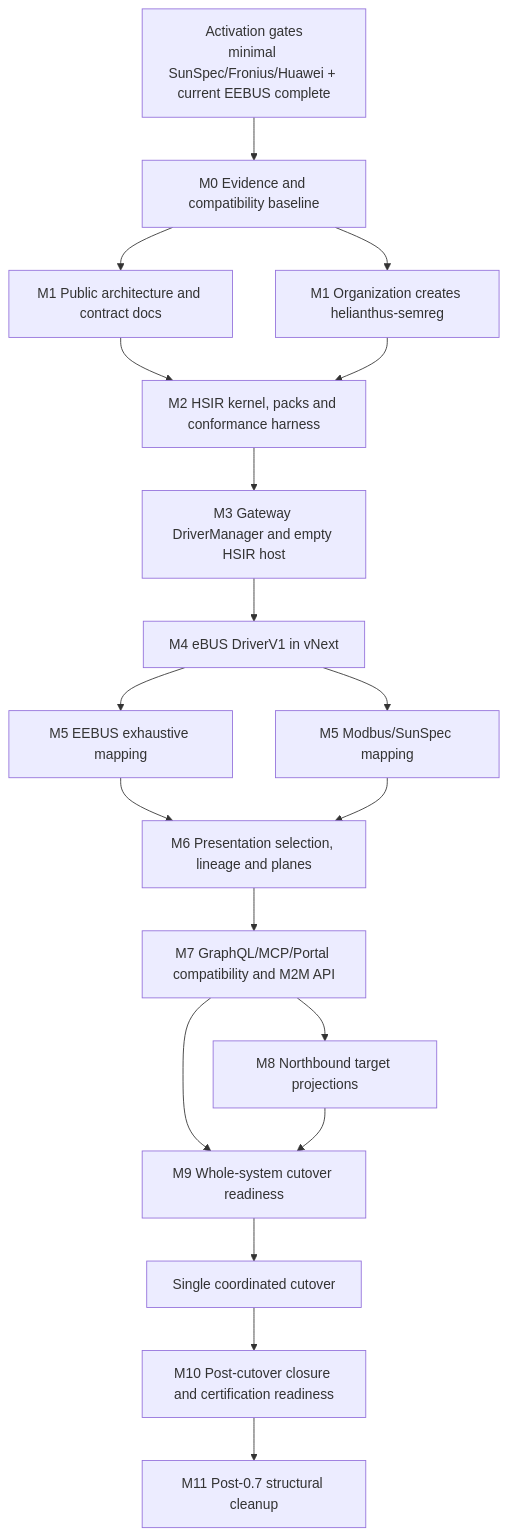
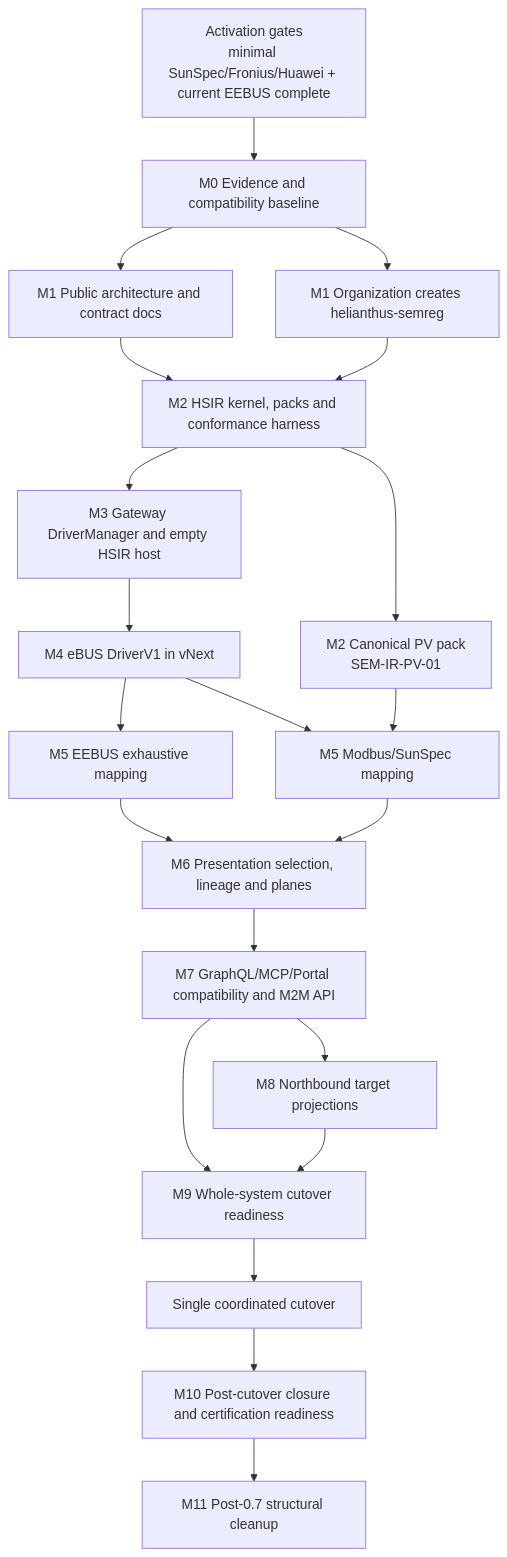
Before and after one commit to Project-Helianthus/helianthus-execution-plans: diagram 11 of 11 in semantic-bridge-ir-w34-26/00-canonical.md, drawn with Mermaid. The commit also changed other lines of this file, not shown here.

Commit message:
Block legacy canonical PV ownership before M5

```diff
--- a/semantic-bridge-ir-w34-26/00-canonical.md
+++ b/semantic-bridge-ir-w34-26/00-canonical.md
@@ -1245,38 +1252,41 @@
 ~~~mermaid
 flowchart TB
     PRE["Activation gates<br/>minimal SunSpec/Fronius/Huawei + current EEBUS complete"]
     P0["M0 Evidence and compatibility baseline"]
     D1["M1 Public architecture and contract docs"]
     O1["M1 Organization creates helianthus-semreg"]
     S1["M2 HSIR kernel, packs and conformance harness"]
+    PV1["M2 Canonical PV pack<br/>SEM-IR-PV-01"]
     G1["M3 Gateway DriverManager and empty HSIR host"]
     E1["M4 eBUS DriverV1 in vNext"]
     EE1["M5 EEBUS exhaustive mapping"]
     M1["M5 Modbus/SunSpec mapping"]
     R1["M6 Presentation selection, lineage and planes"]
     A1["M7 GraphQL/MCP/Portal compatibility and M2M API"]
     N1["M8 Northbound target projections"]
     H1["M9 Whole-system cutover readiness"]
     CUT["Single coordinated cutover"]
     C1["M10 Post-cutover closure and certification readiness"]
     CLEAN["M11 Post-0.7 structural cleanup"]
 
     PRE --> P0
     P0 --> D1
     P0 --> O1
     D1 --> S1
     O1 --> S1
+    S1 --> PV1
     S1 --> G1
     G1 --> E1
     E1 --> EE1
     E1 --> M1
+    PV1 --> M1
     EE1 --> R1
     M1 --> R1
     R1 --> A1
     A1 --> N1
     A1 --> H1
     N1 --> H1
     H1 --> CUT
     CUT --> C1
     C1 --> CLEAN
 ~~~
```
